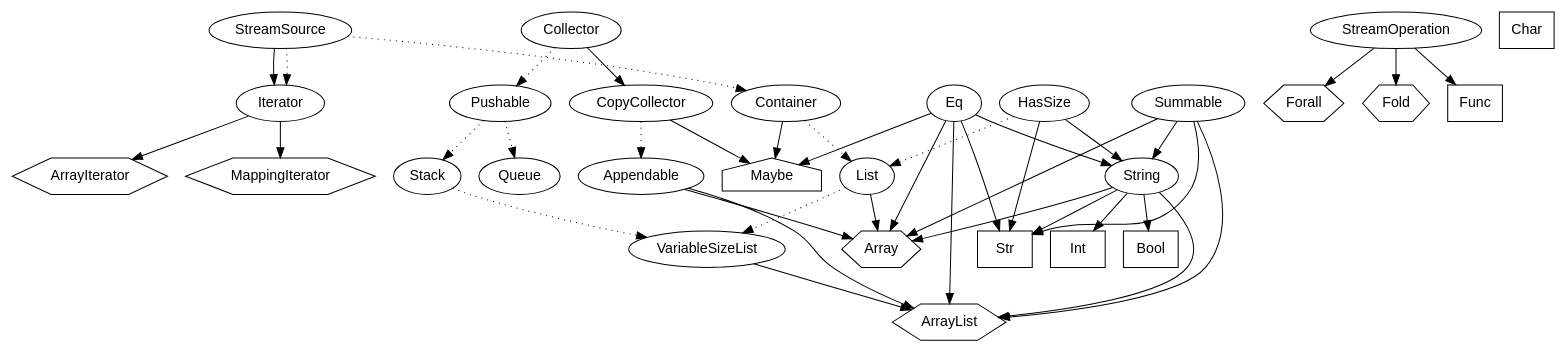
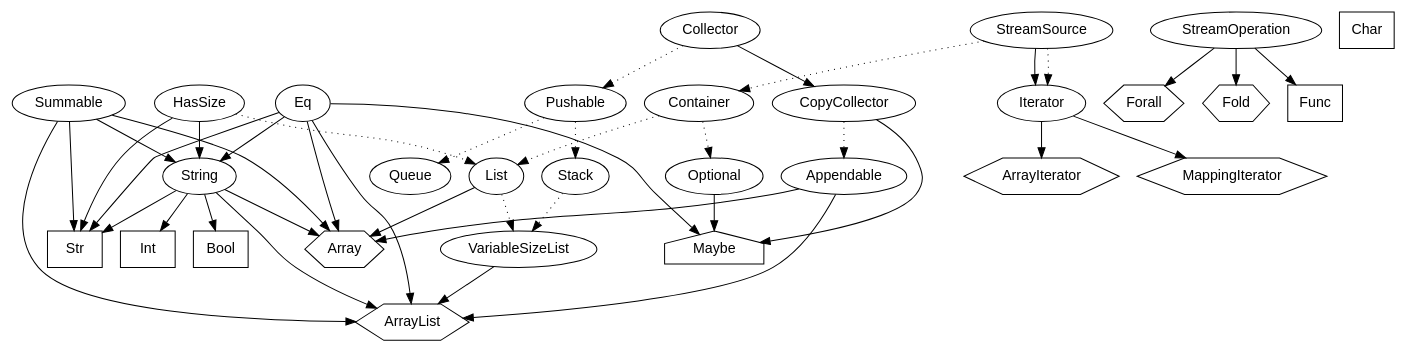
Before and after one commit to fergusq/pscript: the diagram in doc/types.dot, drawn with Graphviz. The commit also changed 4 other files, not shown here.

```diff
--- a/doc/types.dot
+++ b/doc/types.dot
@@ -1,108 +1,112 @@
 digraph G {
     node [fontname="sans-serif"]
     // Models
     String [shape="oval"]
     HasSize [shape="oval"]
     Container [shape="oval", group="collections"]
+    Optional [shape="oval", group="collections"]
     List [shape="oval", group="collections"]
     VariableSizeList [shape="oval", group="collections"]
     Stack [shape="oval", group="collections"]
     Queue [shape="oval", group="collections"]
     Appendable [shape="oval", group="collectors"]
     Pushable [shape="oval", group="collectors"]
     Summable [shape="oval", group="collections"]
     
     StreamSource [shape="oval", group="pipes"]
     StreamOperation [shape="oval", group="pipes"]
     Collector [shape="oval", group="collectors"]
     CopyCollector [shape="oval", group="collectors"]
     Iterator [shape="oval", group="iterators"]
     
     // Structs
     /**/ArrayList [shape="hexagon", group="collections"]
     /**/Array [shape="hexagon", group="collections"]
     /**/ArrayIterator [shape="hexagon", group="iterators"]
     /**/MappingIterator [shape="hexagon", group="iterators"]
     /**/Forall [shape="hexagon", group="pipes"]
     /**/Fold [shape="hexagon", group="pipes"]
     
     // Enums
     /**/Maybe [shape="house", group="collections"]
     
     // Primitive types
     /**/Str [shape="box", group="primitives"]
     /**/Int [shape="box", group="primitives"]
     /**/Bool [shape="box", group="primitives"]
     /**/Char [shape="box", group="primitives"]
     /**/Func [shape="box", group="primitives"]
     
     /**/String -> Int
     /**/String -> Bool
     /**/String -> Str
     /**/String -> Array
     /**/String -> ArrayList
     
     /**/HasSize -> Str
     HasSize -> String
     //+HasSize -> Array
     //+HasSize -> ArrayList
     
     /**/Eq -> Str
     Eq -> String
     /**/Eq -> Array
     /**/Eq -> ArrayList
     /**/Eq -> Maybe
     
     StreamSource -> Container [style=dotted]
     //+Container -> Array
     //+Container -> ArrayList
-    /**/Container -> Maybe
+    //+Container -> Maybe
     
     HasSize -> List [style=dotted]
     Container -> List [style=dotted]
     /**/List -> Array
     //+List -> ArrayList
     
     List -> VariableSizeList [style=dotted]
     Stack -> VariableSizeList [style=dotted]
     /**/VariableSizeList -> ArrayList
     
     Pushable -> Stack [style=dotted]
     //+Stack -> ArrayList
     
     Pushable -> Queue [style=dotted]
     
     //+StreamSource -> Maybe
     //+StreamSource -> Array
     //+StreamSource -> ArrayList
     StreamSource -> Iterator
     //+StreamSource -> ArrayIterator
     //+StreamSource -> MappingIterator
     
     /**/StreamOperation -> Func
     /**/StreamOperation -> Fold
     /**/StreamOperation -> Forall
     
     /**/Summable -> Str
     Summable -> String
     /**/Summable -> Array
     /**/Summable -> ArrayList
     
     CopyCollector -> Appendable [style=dotted]
     /**/Appendable -> Array
     /**/Appendable -> ArrayList
     
     //+CopyCollector -> Array
     //+CopyCollector -> ArrayList
-    CopyCollector -> Maybe
+    /**/CopyCollector -> Maybe
     
     Collector -> Pushable [style=dotted]
     //+Pushable -> ArrayList
     
     //+Collector -> ArrayList
     Collector -> CopyCollector
     
     StreamSource -> Iterator [style=dotted]
     /**/Iterator -> ArrayIterator
     /**/Iterator -> MappingIterator
+    
+    Container -> Optional [style=dotted]
+    /**/Optional -> Maybe
 }
```
